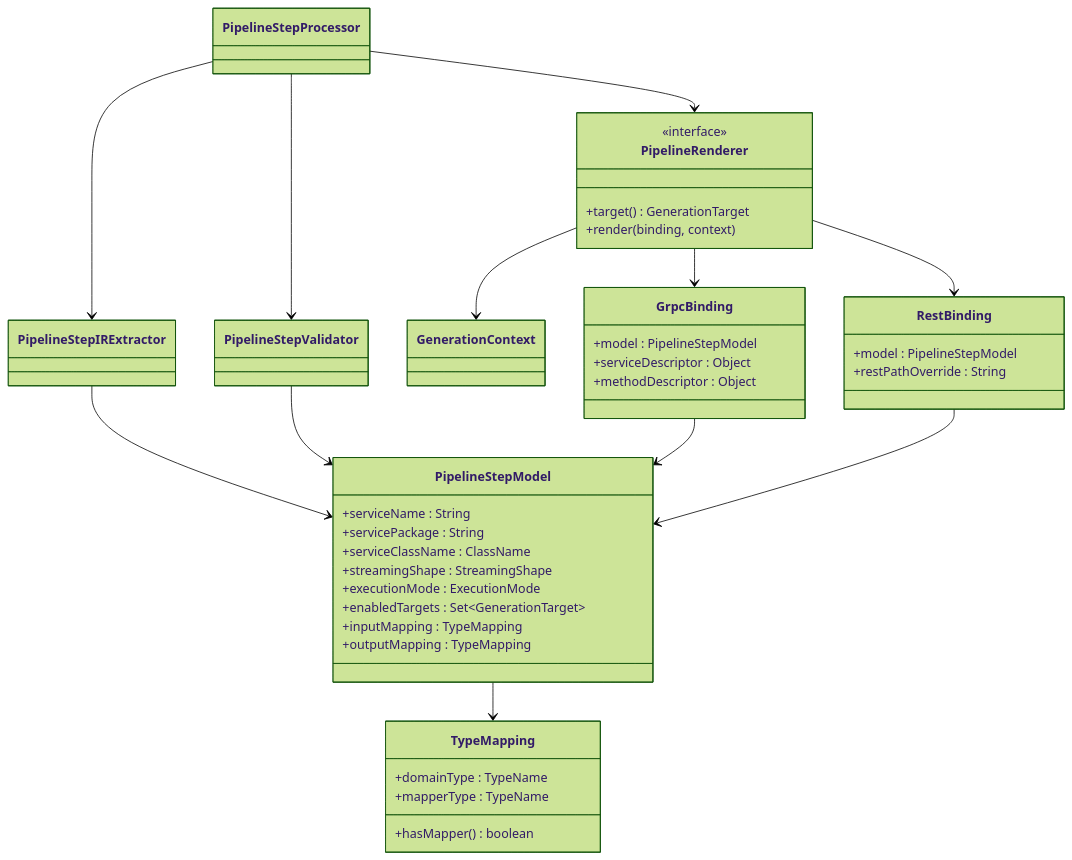
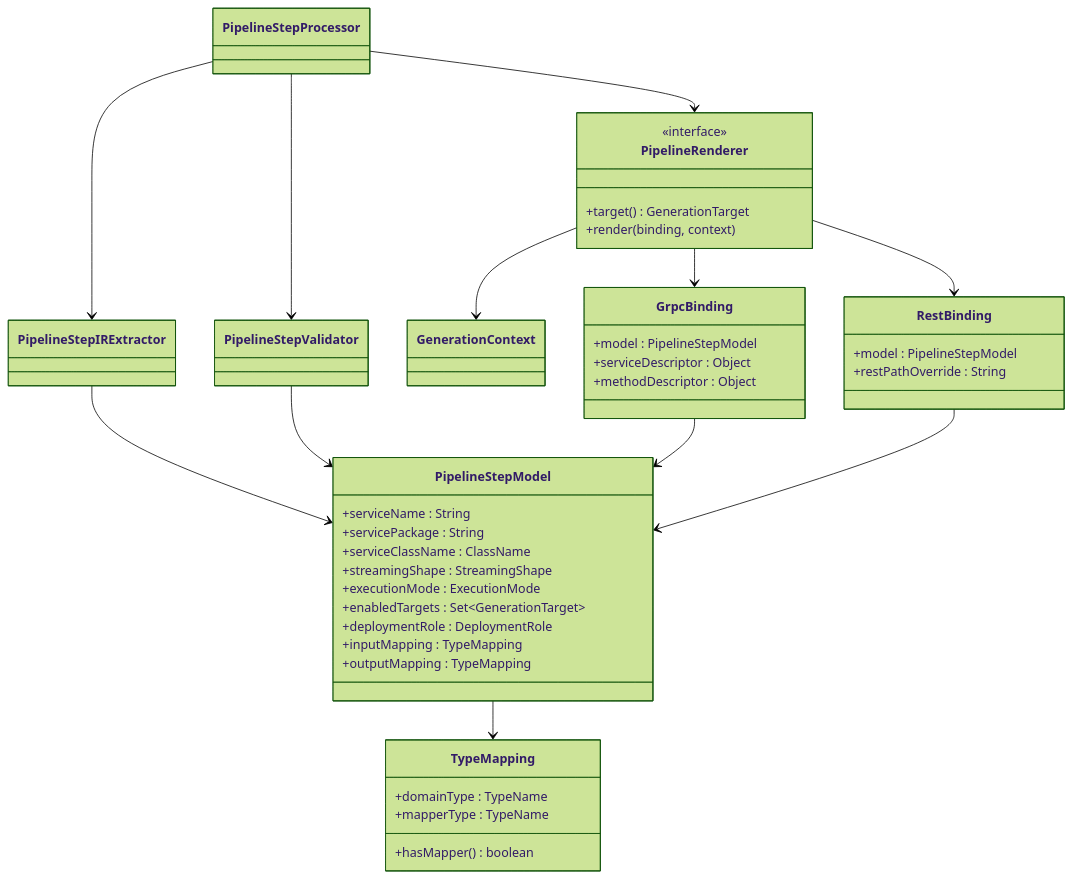
The second of 2 diagrams in docs/guide/evolve/annotation-processor-architecture.md (The-Pipeline-Framework/pipelineframework), drawn with Mermaid (forest theme) before and after one commit. The commit also changed other lines of this file and 30 other files, not shown here.

````diff
--- a/docs/guide/evolve/annotation-processor-architecture.md
+++ b/docs/guide/evolve/annotation-processor-architecture.md
@@ -230,57 +307,58 @@
 ```mermaid
-classDiagram  
-    class PipelineStepModel {  
-        +serviceName : String  
-        +servicePackage : String  
-        +serviceClassName : ClassName  
-        +streamingShape : StreamingShape  
-        +executionMode : ExecutionMode  
-        +enabledTargets : Set~GenerationTarget~  
-        +inputMapping : TypeMapping  
-        +outputMapping : TypeMapping  
-    }  
-  
-    class GrpcBinding {  
-        +model : PipelineStepModel  
-        +serviceDescriptor : Object  
-        +methodDescriptor : Object  
-    }  
-  
-    class RestBinding {  
-        +model : PipelineStepModel  
-        +restPathOverride : String  
-    }  
-  
-    class TypeMapping {  
-        +domainType : TypeName  
-        +mapperType : TypeName  
-        +hasMapper() boolean  
-    }  
-  
-    class PipelineRenderer {  
-        <<interface>>  
-        +target() GenerationTarget  
-        +render(binding, context)  
-    }  
-  
-    class GenerationContext  
-  
-    class PipelineStepProcessor  
-    class PipelineStepIRExtractor  
-    class PipelineStepValidator  
-  
-    PipelineStepProcessor --> PipelineStepIRExtractor  
-    PipelineStepProcessor --> PipelineStepValidator  
-    PipelineStepProcessor --> PipelineRenderer  
-  
-    PipelineStepIRExtractor --> PipelineStepModel  
-    PipelineStepValidator --> PipelineStepModel  
-  
-    PipelineRenderer --> GrpcBinding  
-    PipelineRenderer --> RestBinding  
-    GrpcBinding --> PipelineStepModel  
-    RestBinding --> PipelineStepModel  
-    PipelineRenderer --> GenerationContext  
-  
-    PipelineStepModel --> TypeMapping  
+classDiagram
+    class PipelineStepModel {
+        +serviceName : String
+        +servicePackage : String
+        +serviceClassName : ClassName
+        +streamingShape : StreamingShape
+        +executionMode : ExecutionMode
+        +enabledTargets : Set~GenerationTarget~
+        +deploymentRole : DeploymentRole
+        +inputMapping : TypeMapping
+        +outputMapping : TypeMapping
+    }
+
+    class GrpcBinding {
+        +model : PipelineStepModel
+        +serviceDescriptor : Object
+        +methodDescriptor : Object
+    }
+
+    class RestBinding {
+        +model : PipelineStepModel
+        +restPathOverride : String
+    }
+
+    class TypeMapping {
+        +domainType : TypeName
+        +mapperType : TypeName
+        +hasMapper() boolean
+    }
+
+    class PipelineRenderer {
+        <<interface>>
+        +target() GenerationTarget
+        +render(binding, context)
+    }
+
+    class GenerationContext
+
+    class PipelineStepProcessor
+    class PipelineStepIRExtractor
+    class PipelineStepValidator
+
+    PipelineStepProcessor --> PipelineStepIRExtractor
+    PipelineStepProcessor --> PipelineStepValidator
+    PipelineStepProcessor --> PipelineRenderer
+
+    PipelineStepIRExtractor --> PipelineStepModel
+    PipelineStepValidator --> PipelineStepModel
+
+    PipelineRenderer --> GrpcBinding
+    PipelineRenderer --> RestBinding
+    GrpcBinding --> PipelineStepModel
+    RestBinding --> PipelineStepModel
+    PipelineRenderer --> GenerationContext
+
+    PipelineStepModel --> TypeMapping
 ```
````
